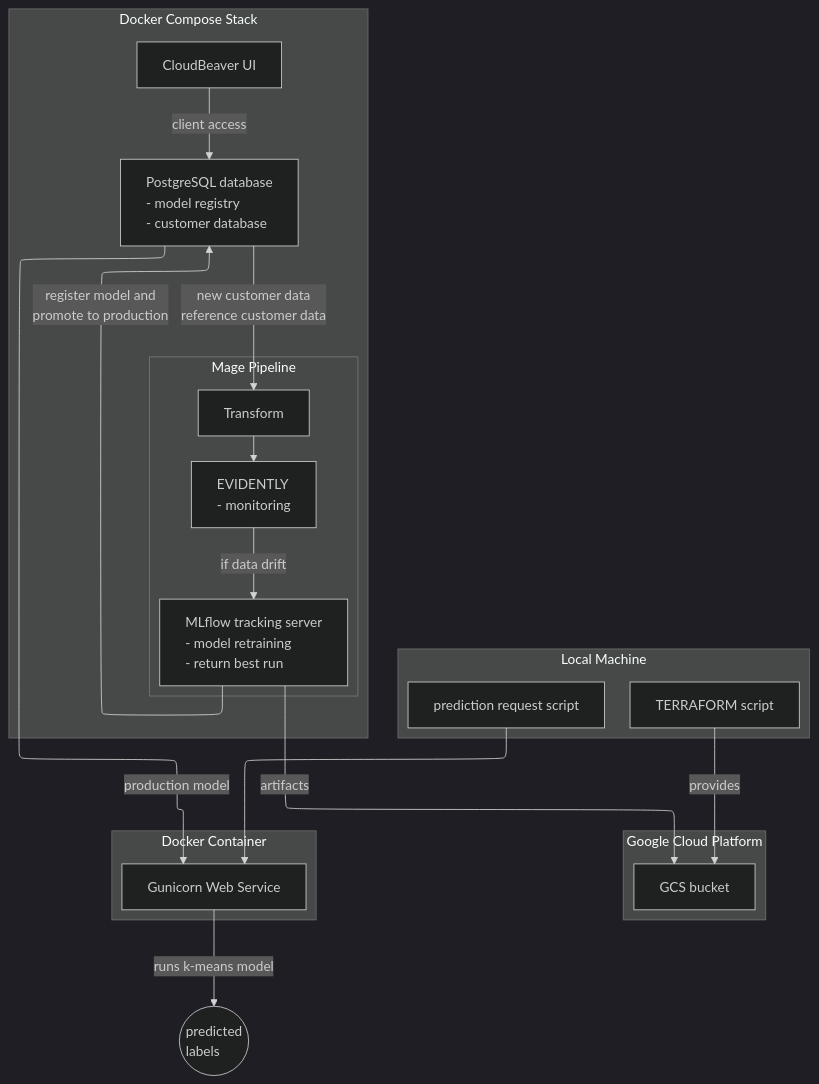
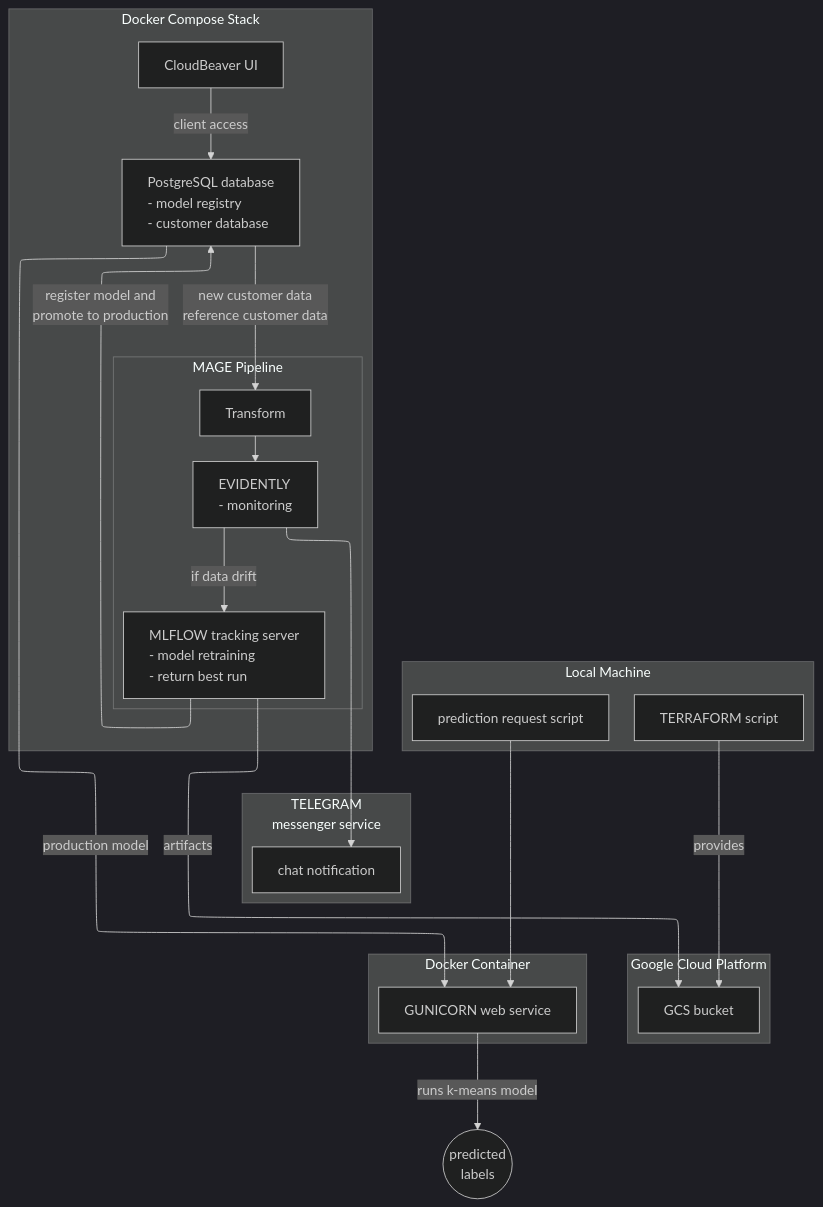
One commit to mmotl/dtc_persona_analysis changed the diagram in dfd.mermaid. Above: the diagram before and after it, drawn with Mermaid. The commit also changed 11 other files, not shown here.

```diff
--- a/dfd.mermaid
+++ b/dfd.mermaid
@@ -1,48 +1,55 @@
 ---
 # title: DTC Persona Pipeline
 config:
     theme: dark
     layout: elk
 ---
 graph TD
     subgraph "Local Machine"
         A[TERRAFORM script]
         H[prediction request script]
     end
 
     subgraph "Google Cloud Platform"
         B[GCS bucket]
     end
 
+        subgraph "<div style='text-align: center;'>TELEGRAM<br/>messenger service</div>"
+        L["<div style='text-align: left;'>chat notification<br/>"]
+    end
+
     subgraph "Docker Compose Stack"
         C["<div style='text-align: left;'>PostgreSQL database<br/>  - model registry<br/>  - customer database</div>"]
         
-        subgraph E [Mage Pipeline]
+        subgraph E [MAGE Pipeline]
             
             J[Transform] 
             --> 
             K["<div style='text-align: left;'>EVIDENTLY<br/>  - monitoring</div>"]
             --"if data drift"--> 
-            D["<div style='text-align: left;'>MLflow tracking server<br/>  - model retraining<br/>  - return best run</div>"]
+            D["<div style='text-align: left;'>MLFLOW tracking server<br/>  - model retraining<br/>  - return best run</div>"]
         end
         F[CloudBeaver UI]
     end
 
     subgraph "Docker Container"
-        G[Gunicorn Web Service]
+        G[GUNICORN web service]
     end
 
-    I(("<div style='text-align: left;'>predicted<br/>labels</div>"))
+    I(("<div style='text-align: center;'>predicted<br/>labels</div>"))
 
     A -->|"provides"| B
     
     D --"artifacts"--> B
     D --"register model and<br/>promote to production"--> C
     
     F --"client access"--> C
     C --"new customer data<br/>reference customer data"--> J
 
     H ----> G
     C --"production model"--> G
 
     G --"runs k-means model"--> I
+
+    K --> L
+    K ~~~ L
```
